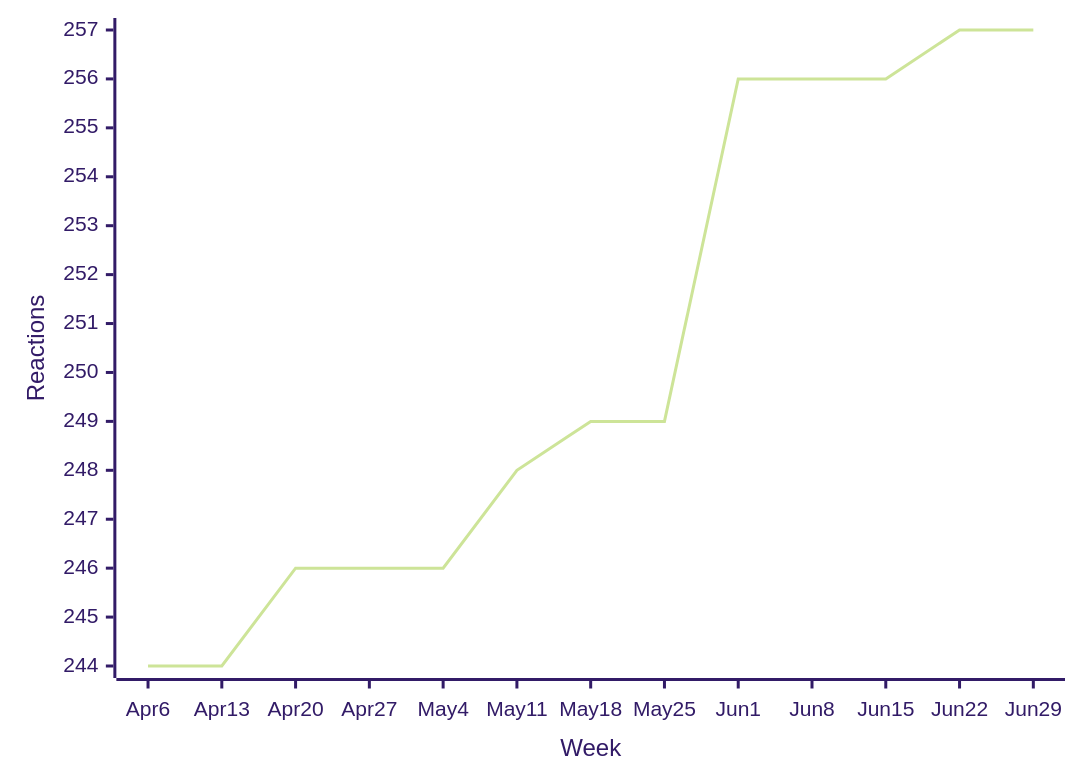
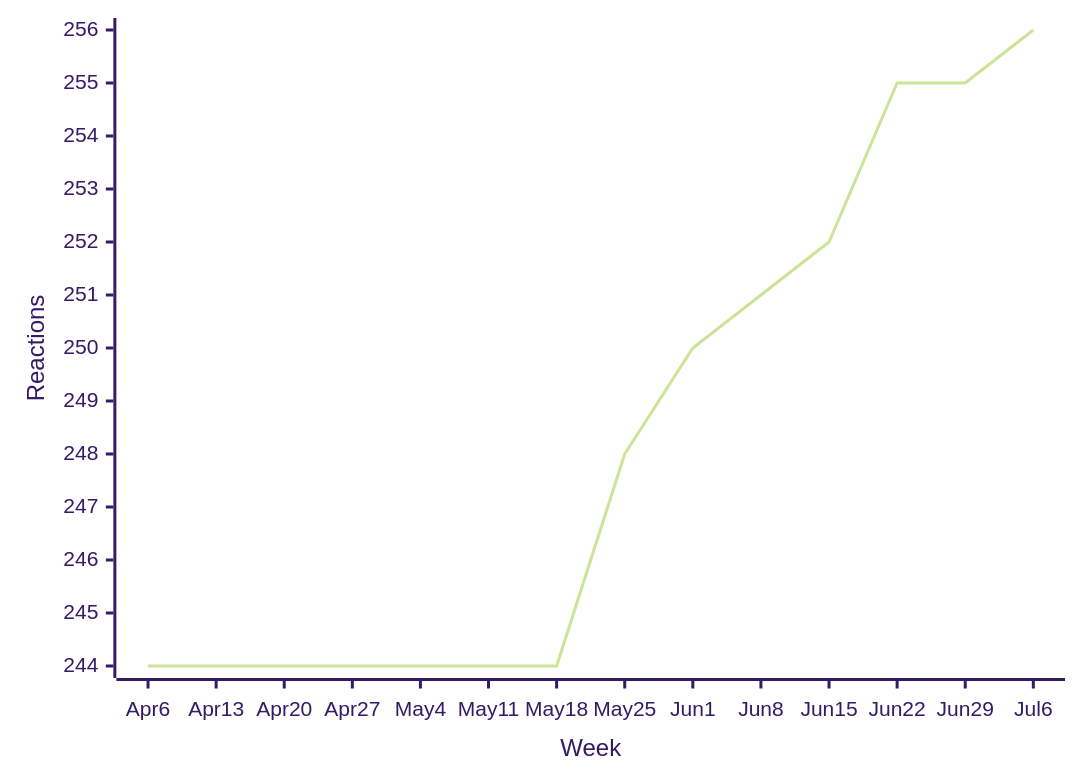
One commit to loic-sharma/github-insights changed diagram 13 of 48 in README.md. Above: the diagram before and after it, drawn with Mermaid (forest theme). The commit also changed other lines of this file and 3 other files, not shown here.

````diff
--- a/README.md
+++ b/README.md
@@ -543,6 +543,6 @@
   ```mermaid
   xychart-beta
-    x-axis "Week" [Apr 6, Apr 13, Apr 20, Apr 27, May 4, May 11, May 18, May 25, Jun 1, Jun 8, Jun 15, Jun 22, Jun 29]
+    x-axis "Week" [Apr 6, Apr 13, Apr 20, Apr 27, May 4, May 11, May 18, May 25, Jun 1, Jun 8, Jun 15, Jun 22, Jun 29, Jul 6]
     y-axis "Reactions"
-    line [244, 244, 246, 246, 246, 248, 249, 249, 256, 256, 256, 257, 257]
+    line [244, 244, 244, 244, 244, 244, 244, 248, 250, 251, 252, 255, 255, 256]
   ```
````
